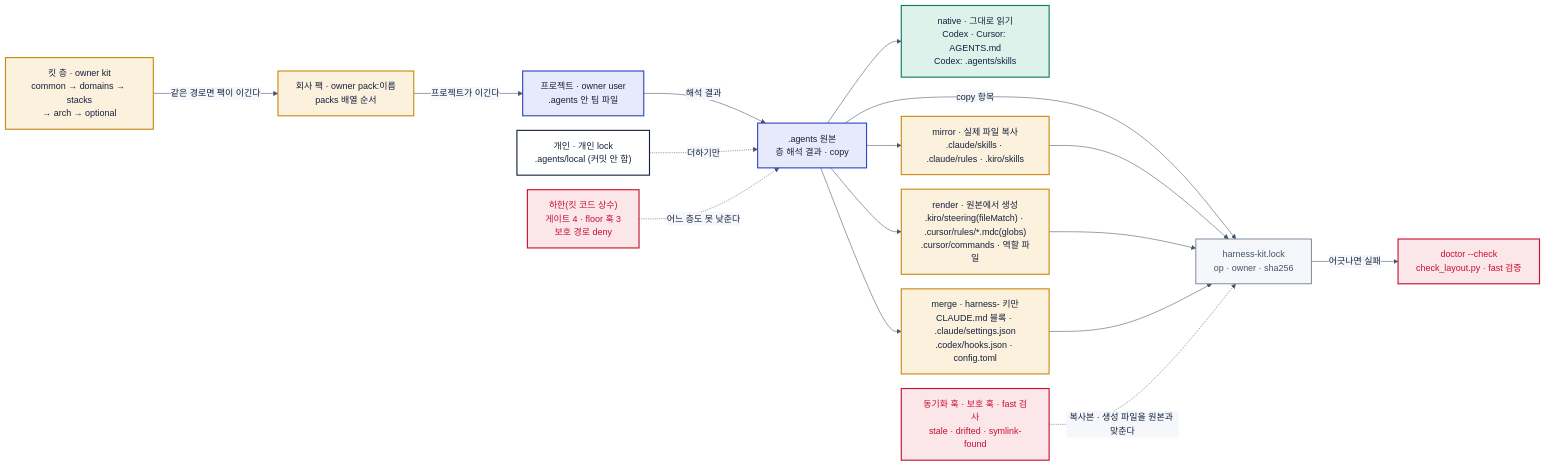
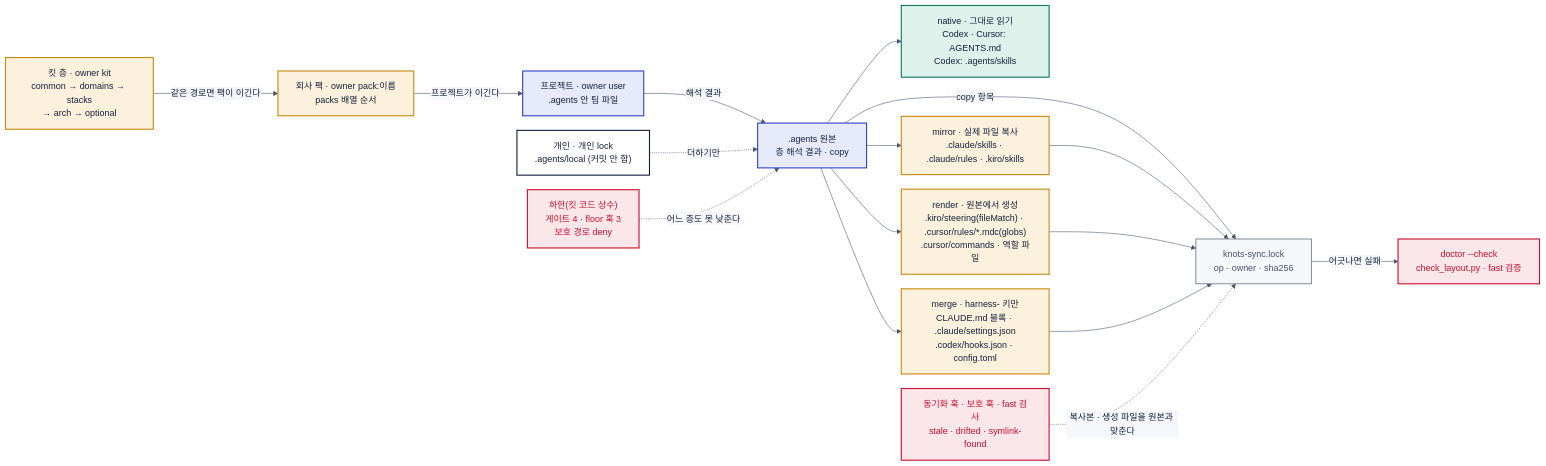
Before and after one commit to pscheol/harness-starter-kit: the diagram in docs/design/system/diagrams/layers-projection.mmd, drawn with Mermaid. The commit also changed 1245 other files, not shown here.

```diff
--- a/docs/design/system/diagrams/layers-projection.mmd
+++ b/docs/design/system/diagrams/layers-projection.mmd
@@ -1,44 +1,44 @@
 %%{init: {"theme": "base", "fontFamily": "Apple SD Gothic Neo, AppleSDGothicNeo, Noto Sans KR, Malgun Gothic, sans-serif", "themeVariables": {"fontFamily": "Apple SD Gothic Neo, AppleSDGothicNeo, Noto Sans KR, Malgun Gothic, sans-serif", "fontSize": "16px", "primaryColor": "#ffffff", "primaryBorderColor": "#14213d", "primaryTextColor": "#14213d", "lineColor": "#46536b", "clusterBkg": "#f5f7fa", "clusterBorder": "#aeb9c7", "edgeLabelBackground": "#f5f7fa"}, "flowchart": {"curve": "basis", "padding": 16, "nodeSpacing": 26, "rankSpacing": 62}}}%%
 graph LR
   KITL["킷 층 · owner kit<br/>common → domains → stacks<br/>→ arch → optional"]
   PACK["회사 팩 · owner pack:이름<br/>packs 배열 순서"]
   PROJ["프로젝트 · owner user<br/>.agents 안 팀 파일"]
   LOCAL["개인 · 개인 lock<br/>.agents/local (커밋 안 함)"]
   FLOOR["하한(킷 코드 상수)<br/>게이트 4 · floor 훅 3<br/>보호 경로 deny"]
   AG[".agents 원본<br/>층 해석 결과 · copy"]
   NATIVE["native · 그대로 읽기<br/>Codex · Cursor: AGENTS.md<br/>Codex: .agents/skills"]
   MIRROR["mirror · 실제 파일 복사<br/>.claude/skills · .claude/rules · .kiro/skills"]
   RENDER["render · 원본에서 생성<br/>.kiro/steering(fileMatch) · .cursor/rules/*.mdc(globs)<br/>.cursor/commands · 역할 파일"]
   MERGE["merge · harness- 키만<br/>CLAUDE.md 블록 · .claude/settings.json<br/>.codex/hooks.json · config.toml"]
   SYNC["동기화 훅 · 보호 훅 · fast 검사<br/>stale · drifted · symlink-found"]
-  LOCK["harness-kit.lock<br/>op · owner · sha256"]
+  LOCK["knots-sync.lock<br/>op · owner · sha256"]
   DOC["doctor --check<br/>check_layout.py · fast 검증"]
   KITL -- "같은 경로면 팩이 이긴다" --> PACK
   PACK -- "프로젝트가 이긴다" --> PROJ
   PROJ -- "해석 결과" --> AG
   LOCAL -. "더하기만" .-> AG
   FLOOR -. "어느 층도 못 낮춘다" .-> AG
   AG --> NATIVE
   AG --> MIRROR
   AG --> RENDER
   AG --> MERGE
   AG -- "copy 항목" --> LOCK
   MIRROR --> LOCK
   RENDER --> LOCK
   MERGE --> LOCK
   LOCK -- "어긋나면 실패" --> DOC
   SYNC -. "복사본 · 생성 파일을 원본과 맞춘다" .-> LOCK
   classDef gate fill:#fbe6e9,stroke:#c8102e,stroke-width:2px,color:#c8102e
   classDef design fill:#e7eafb,stroke:#3046c5,stroke-width:2px,color:#14213d
   classDef build fill:#fbf1dc,stroke:#c98a12,stroke-width:2px,color:#14213d
   classDef ops fill:#ddf2eb,stroke:#0b7a5e,stroke-width:2px,color:#14213d
   classDef plain fill:#ffffff,stroke:#14213d,stroke-width:2px,color:#14213d
   classDef store fill:#f5f7fa,stroke:#6b778c,stroke-width:1.5px,color:#46536b
   class KITL,PACK build
   class PROJ,AG design
   class LOCAL plain
   class FLOOR,DOC gate
   class NATIVE ops
   class MIRROR,RENDER,MERGE build
   class SYNC gate
   class LOCK store
```
